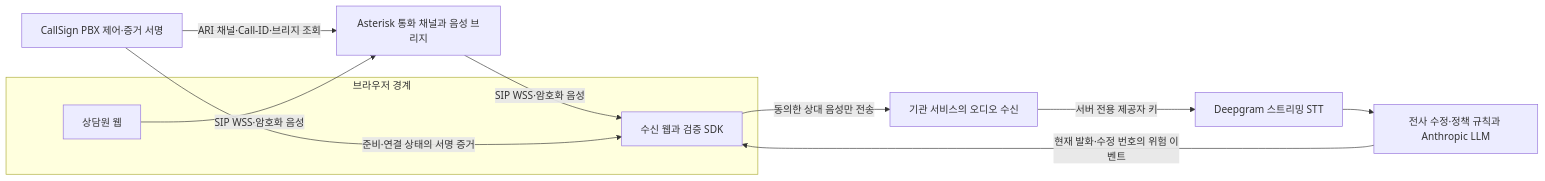
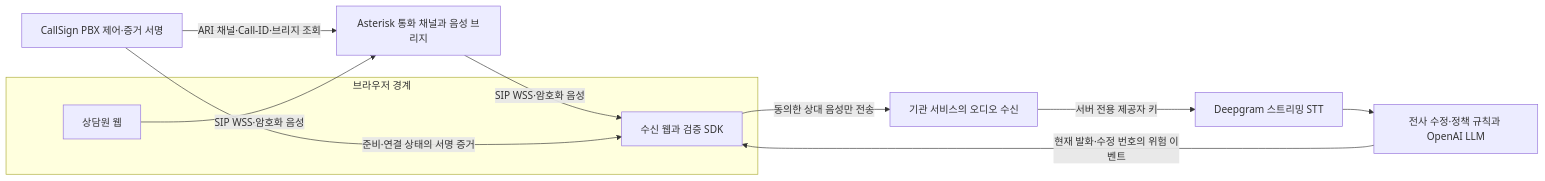
One commit to 0u-Y/CallSign changed the diagram in docs/guide/02-ARCHITECTURE.md. Above: the diagram before and after it, drawn with Mermaid. The commit also changed other lines of this file and 7 other files, not shown here.

Commit message:
Refresh service architecture guidance and retain historical evidence

````diff
--- a/docs/guide/02-ARCHITECTURE.md
+++ b/docs/guide/02-ARCHITECTURE.md
@@ -21,20 +21,20 @@
 ```mermaid
 flowchart LR
   subgraph clients[브라우저 경계]
     AG[상담원 웹]
     RE[수신 웹과 검증 SDK]
   end
   AST[Asterisk 통화 채널과 음성 브리지]
   CTRL[CallSign PBX 제어·증거 서명]
   API[기관 서비스의 오디오 수신]
   STT[Deepgram 스트리밍 STT]
-  ANA[전사 수정·정책 규칙과 Anthropic LLM]
+  ANA[전사 수정·정책 규칙과 OpenAI LLM]
   AG -->|SIP WSS·암호화 음성| AST
   AST -->|SIP WSS·암호화 음성| RE
   CTRL -->|ARI 채널·Call-ID·브리지 조회| AST
   CTRL -->|준비·연결 상태의 서명 증거| RE
   RE -->|동의한 상대 음성만 전송| API
   API -->|서버 전용 제공자 키| STT
   STT --> ANA
   ANA -->|현재 발화·수정 번호의 위험 이벤트| RE
 ```
````
